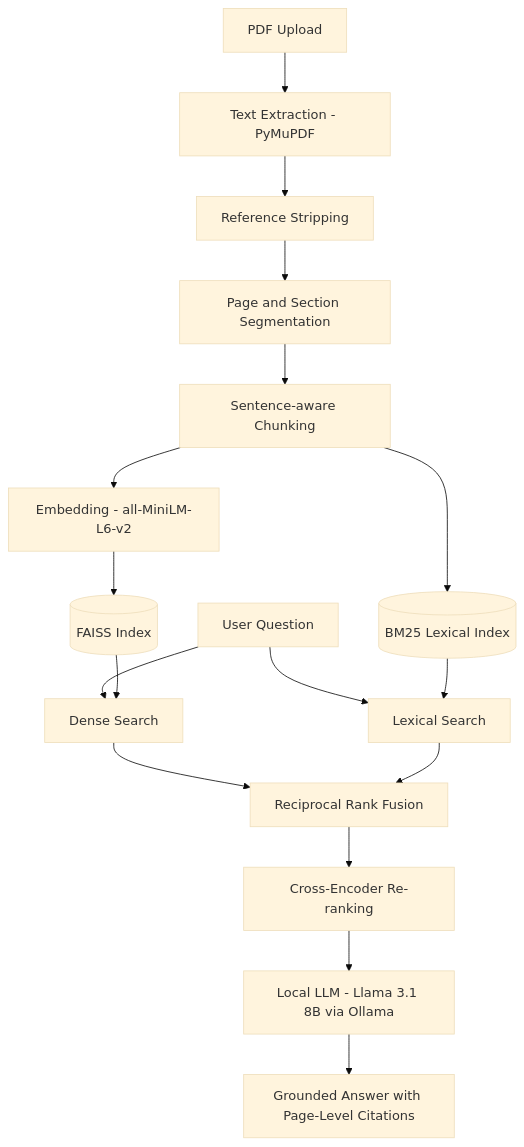
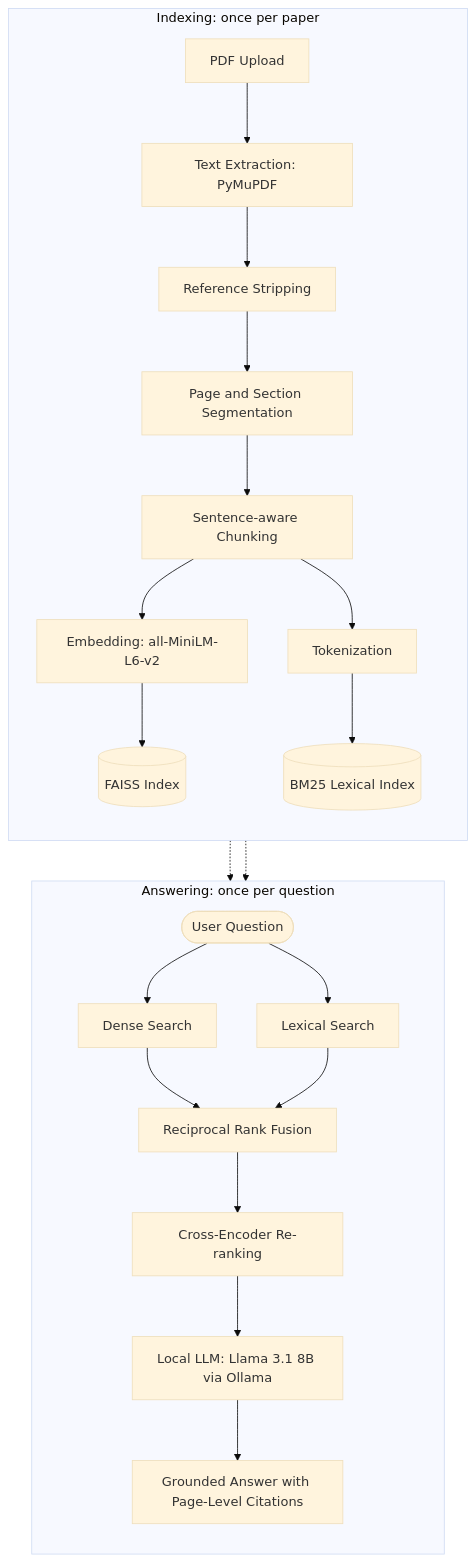
The diagram in README.md (hsuhas154/research-paper-rag), drawn with Mermaid (base theme) before and after one commit.

First paragraph of the commit message:
Fix the architecture diagram layout in the README
User Question had no incoming edge, so the layout engine ranked it as
late as possible and dropped it into the same row as the two index
cylinders. Its edges to the search nodes then crossed the edges coming
down from the indexes.

````diff
--- a/README.md
+++ b/README.md
@@ -19,20 +19,28 @@
 ```mermaid
 flowchart TD
-    A[PDF Upload] --> B[Text Extraction - PyMuPDF]
-    B --> C[Reference Stripping]
-    C --> D[Page and Section Segmentation]
-    D --> E[Sentence-aware Chunking]
-    E --> F[Embedding - all-MiniLM-L6-v2]
-    F --> G[(FAISS Index)]
-    E --> H[(BM25 Lexical Index)]
+    subgraph INDEXING["Indexing: once per paper"]
+        direction TB
+        A["PDF Upload"] --> B["Text Extraction: PyMuPDF"]
+        B --> C["Reference Stripping"]
+        C --> D["Page and Section Segmentation"]
+        D --> E["Sentence-aware Chunking"]
+        E --> F["Embedding: all-MiniLM-L6-v2"]
+        E --> T["Tokenization"]
+        F --> G[("FAISS Index")]
+        T --> H[("BM25 Lexical Index")]
+    end
 
-    Q[User Question] --> R1[Dense Search]
-    Q --> R2[Lexical Search]
-    G --> R1
-    H --> R2
-    R1 --> RRF[Reciprocal Rank Fusion]
-    R2 --> RRF
-    RRF --> RR[Cross-Encoder Re-ranking]
-    RR --> L[Local LLM - Llama 3.1 8B via Ollama]
-    L --> ANS[Grounded Answer with Page-Level Citations]
+    subgraph ANSWERING["Answering: once per question"]
+        direction TB
+        Q(["User Question"]) --> R1["Dense Search"]
+        Q --> R2["Lexical Search"]
+        R1 --> RRF["Reciprocal Rank Fusion"]
+        R2 --> RRF
+        RRF --> RR["Cross-Encoder Re-ranking"]
+        RR --> L["Local LLM: Llama 3.1 8B via Ollama"]
+        L --> ANS["Grounded Answer with Page-Level Citations"]
+    end
+
+    G -.-> R1
+    H -.-> R2
 ```
````
